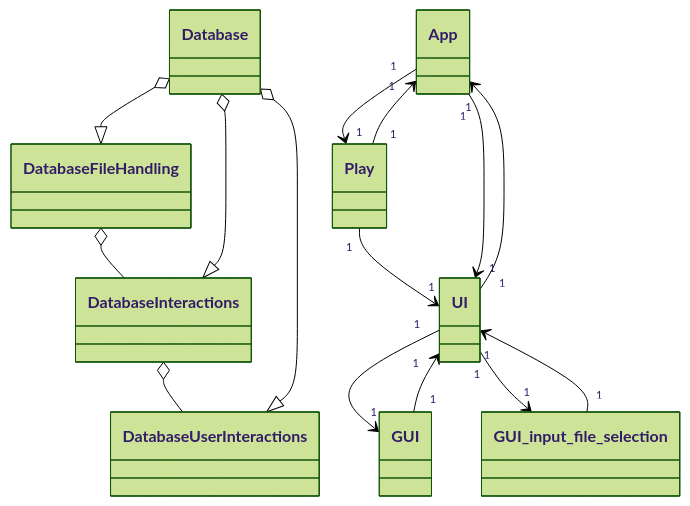
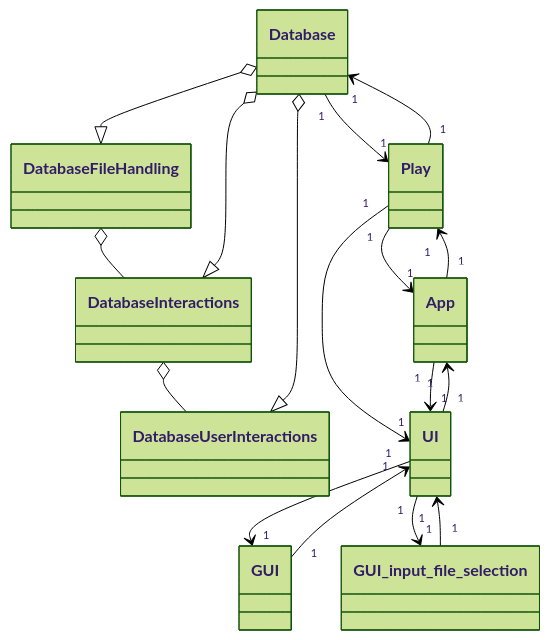
One commit to platipus82/ot-harjoitustyo changed the diagram in dokumentaatio/luokkakaavio_v2.MD. Above: the diagram before and after it, drawn with Mermaid (forest theme).

````diff
--- a/dokumentaatio/luokkakaavio_v2.MD
+++ b/dokumentaatio/luokkakaavio_v2.MD
@@ -1,38 +1,40 @@
 ```mermaid
 classDiagram
     class DatabaseFileHandling{
     }
     class DatabaseInteractions{
     }
     class DatabaseUserInteractions{
     }
     class Database{
     }
     class App{
     }
     class Play{
     }
     class UI{
     }
     class GUI{
     }  
     class GUI_input_file_selection{
     }   
 
 
     DatabaseFileHandling o-- DatabaseInteractions
     DatabaseInteractions o-- DatabaseUserInteractions
     Database o--|> DatabaseFileHandling
     Database o--|> DatabaseInteractions
     Database o--|> DatabaseUserInteractions
 
+    Play "1" --> "1" Database 
+    Database "1" --> "1" Play
     Play "1" --> "1" App 
     Play "1" --> "1" UI 
     App "1" --> "1" UI
     App "1" --> "1" Play
     UI "1" --> "1" App
     UI "1" --> "1" GUI
     UI "1" --> "1" GUI_input_file_selection
     GUI_input_file_selection "1" --> "1" UI
     GUI "1" --> "1" UI
 ```
````
